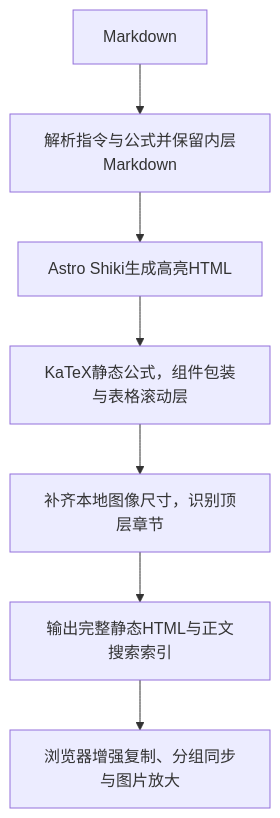
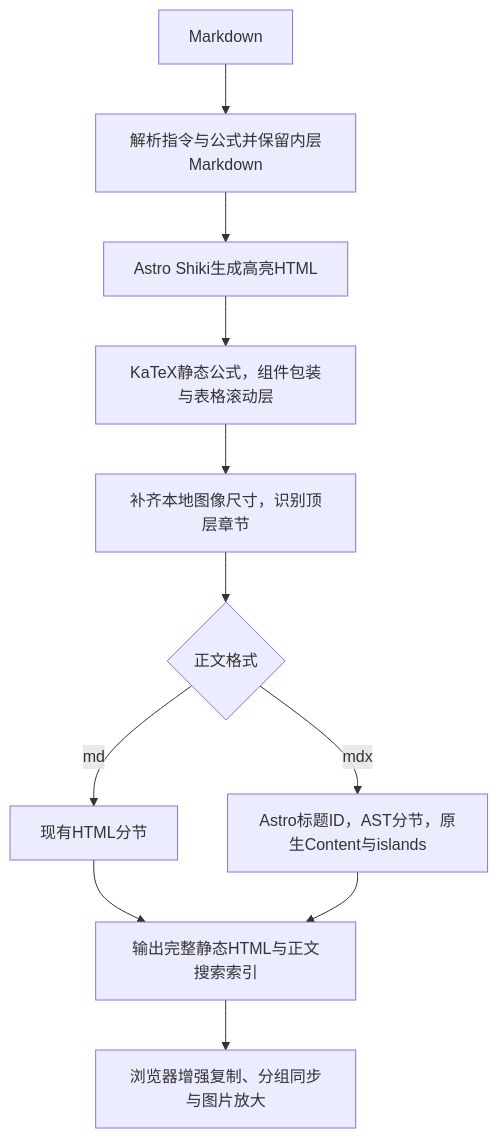
One commit to Vibes-college/Vibes changed the diagram in docs/system/markdown.md. Above: the diagram before and after it, drawn with Mermaid. The commit also changed other lines of this file and 81 other files, not shown here.

````diff
--- a/docs/system/markdown.md
+++ b/docs/system/markdown.md
@@ -59,9 +87,13 @@
 ```mermaid
 flowchart TD
   A[Markdown] --> B[解析指令与公式并保留内层Markdown]
   B --> C[Astro Shiki生成高亮HTML]
   C --> D[KaTeX静态公式，组件包装与表格滚动层]
   D --> E[补齐本地图像尺寸，识别顶层章节]
-  E --> F[输出完整静态HTML与正文搜索索引]
+  E --> M{正文格式}
+  M -->|md| N[现有HTML分节]
+  M -->|mdx| O[Astro标题ID，AST分节，原生Content与islands]
+  N --> F[输出完整静态HTML与正文搜索索引]
+  O --> F
   F --> G[浏览器增强复制、分组同步与图片放大]
 ```
````
